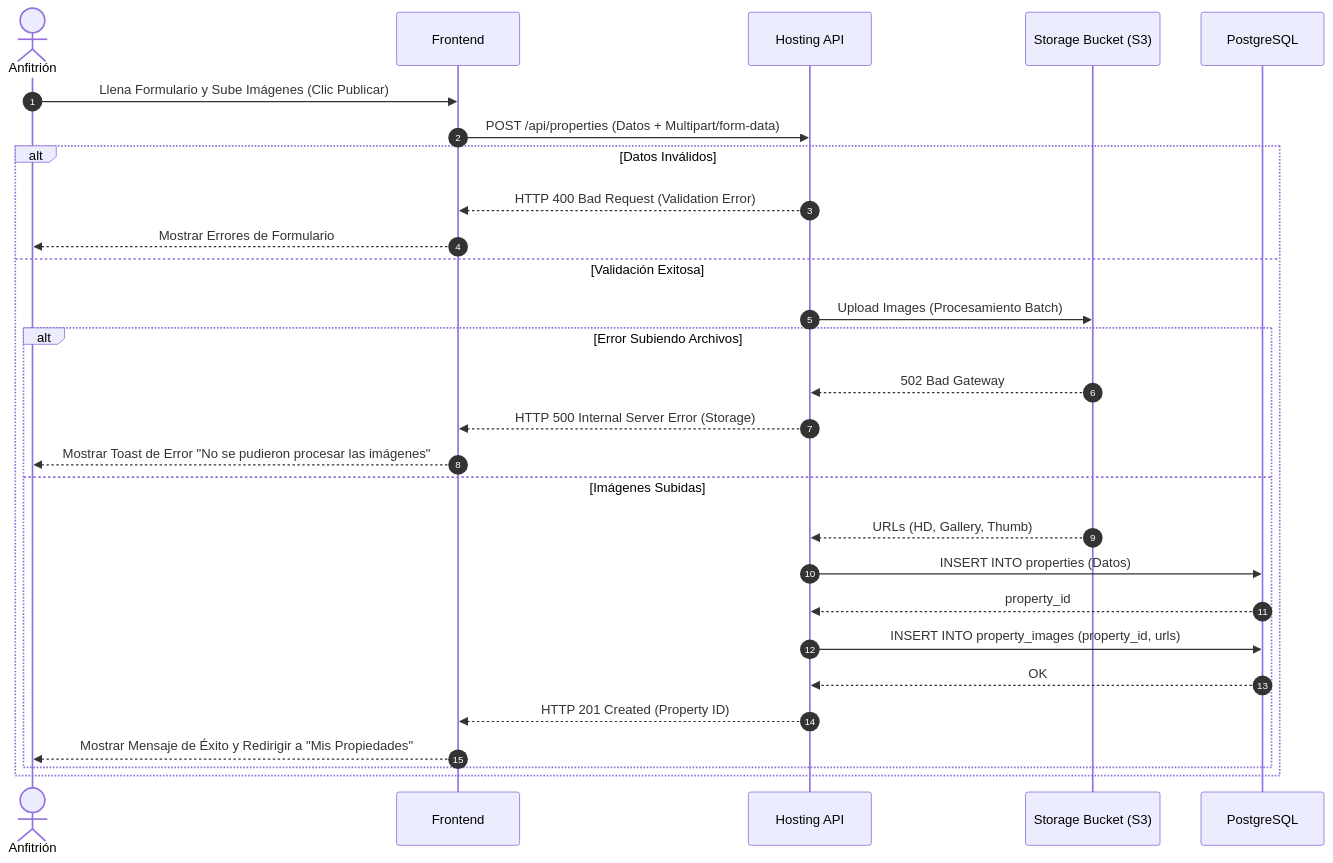
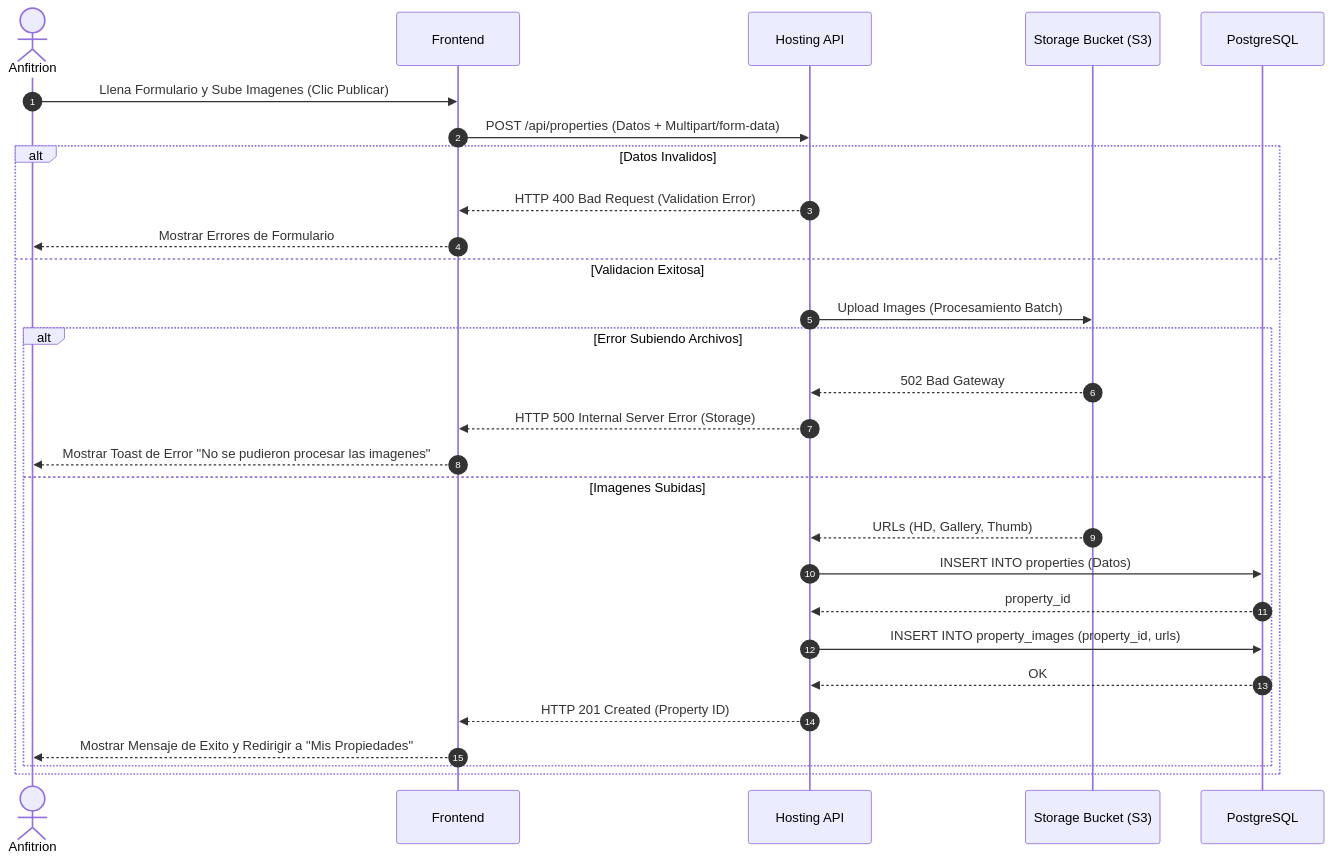
One commit to camilolayos54-dotcom/NosFuimosdeFinca changed the diagram in docs/04-system-modeling/07.System Sequence Diagrams/MODS/MOD-HOSTING.md. Above: the diagram before and after it, drawn with Mermaid. The commit also changed other lines of this file and 62 other files, not shown here.

````diff
--- a/docs/04-system-modeling/07.System Sequence Diagrams/MODS/MOD-HOSTING.md
+++ b/docs/04-system-modeling/07.System Sequence Diagrams/MODS/MOD-HOSTING.md
@@ -7,34 +7,34 @@
 ```mermaid
 sequenceDiagram
     autonumber
-    actor H as Anfitrión
+    actor H as Anfitrion
     participant C as Frontend
     participant API as Hosting API
     participant S3 as Storage Bucket (S3)
     participant DB as PostgreSQL
 
-    H->>C: Llena Formulario y Sube Imágenes (Clic Publicar)
+    H->>C: Llena Formulario y Sube Imagenes (Clic Publicar)
     C->>API: POST /api/properties (Datos + Multipart/form-data)
     
-    alt Datos Inválidos
+    alt Datos Invalidos
         API-->>C: HTTP 400 Bad Request (Validation Error)
         C-->>H: Mostrar Errores de Formulario
-    else Validación Exitosa
+    else Validacion Exitosa
         API->>S3: Upload Images (Procesamiento Batch)
         alt Error Subiendo Archivos
             S3-->>API: 502 Bad Gateway
             API-->>C: HTTP 500 Internal Server Error (Storage)
-            C-->>H: Mostrar Toast de Error "No se pudieron procesar las imágenes"
-        else Imágenes Subidas
+            C-->>H: Mostrar Toast de Error "No se pudieron procesar las imagenes"
+        else Imagenes Subidas
             S3-->>API: URLs (HD, Gallery, Thumb)
             API->>DB: INSERT INTO properties (Datos)
             DB-->>API: property_id
             
             API->>DB: INSERT INTO property_images (property_id, urls)
             DB-->>API: OK
             
             API-->>C: HTTP 201 Created (Property ID)
-            C-->>H: Mostrar Mensaje de Éxito y Redirigir a "Mis Propiedades"
+            C-->>H: Mostrar Mensaje de Exito y Redirigir a "Mis Propiedades"
         end
     end
 ```
````
